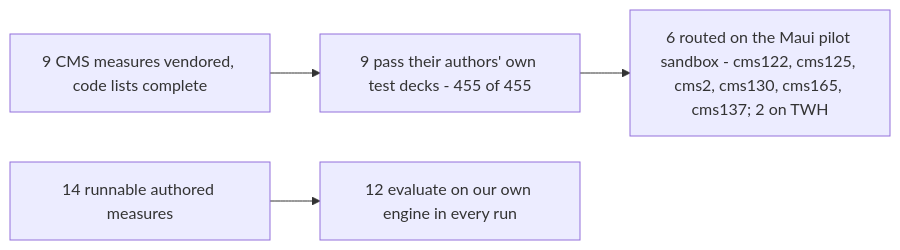
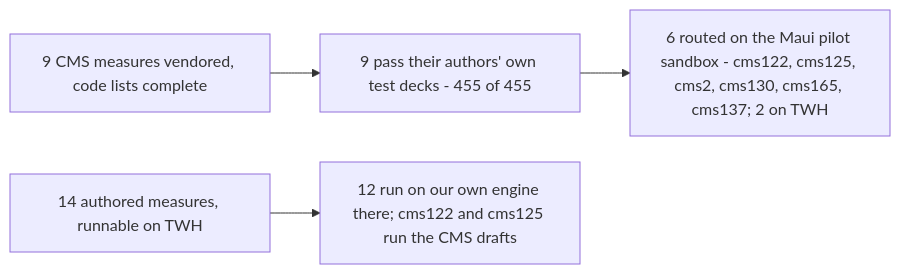
Before and after one commit to Taleef7/workwell: the second of 2 diagrams in docs/guide/09-state-and-roadmap.md, drawn with Mermaid. The commit also changed other lines of this file and 24 other files, not shown here.

````diff
--- a/docs/guide/09-state-and-roadmap.md
+++ b/docs/guide/09-state-and-roadmap.md
@@ -33,6 +33,6 @@
 ```mermaid
 flowchart LR
   V["9 CMS measures vendored, code lists complete"] --> G["9 pass their authors' own test decks - 455 of 455"]
   G --> R["6 routed on the Maui pilot sandbox - cms122, cms125, cms2, cms130, cms165, cms137; 2 on TWH"]
-  A["14 runnable authored measures"] --> P["12 evaluate on our own engine in every run"]
+  A["14 authored measures, runnable on TWH"] --> P["12 run on our own engine there; cms122 and cms125 run the CMS drafts"]
 ```
````
